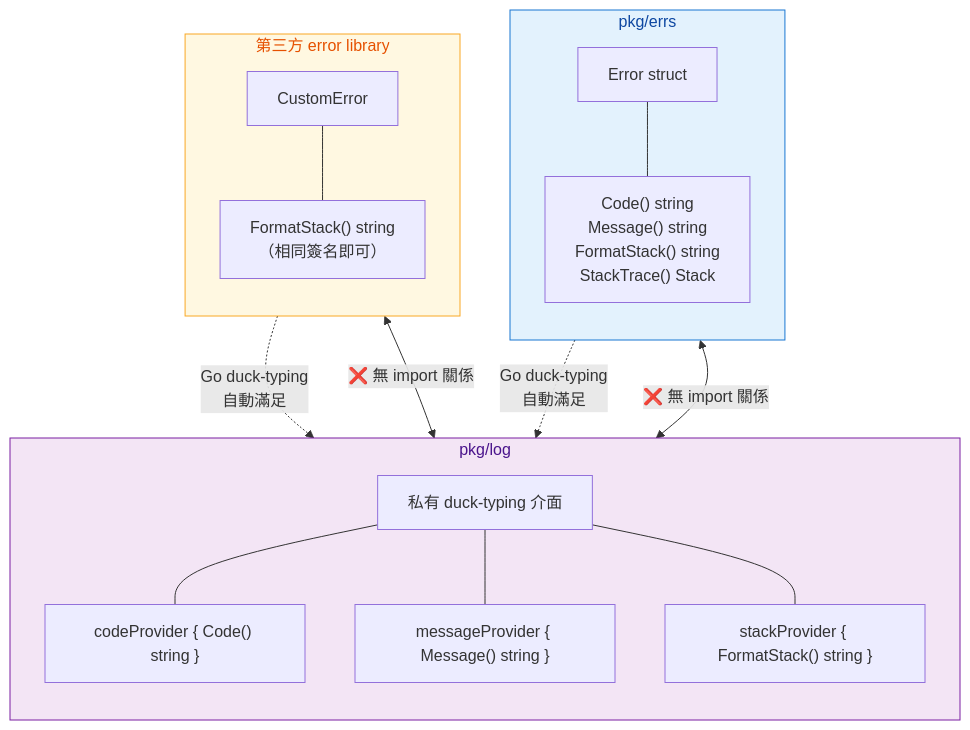
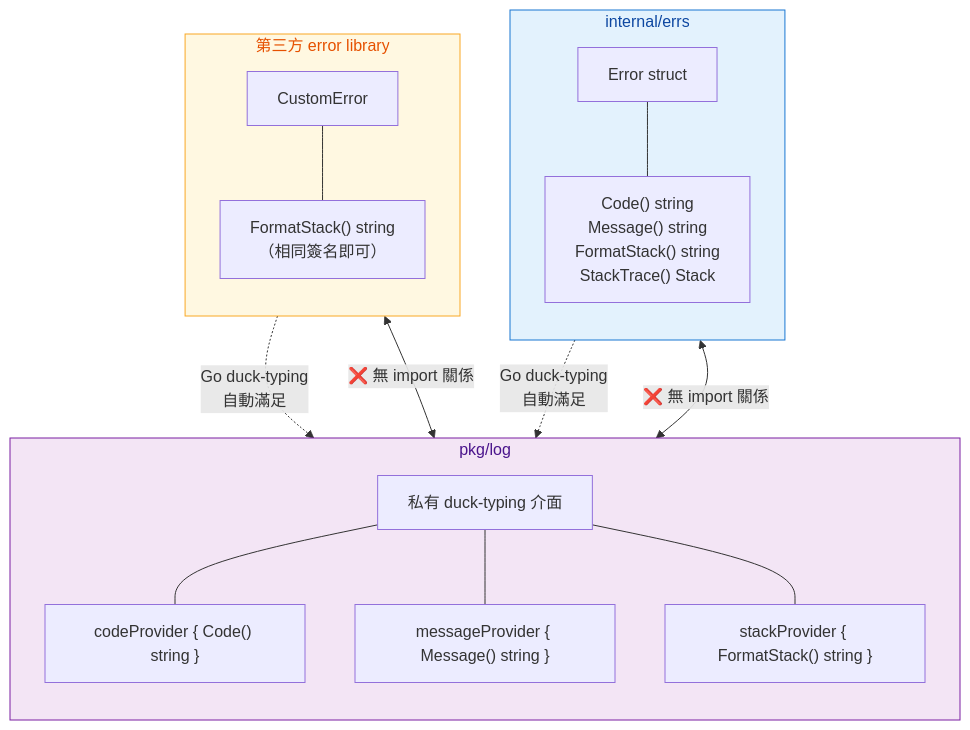
One commit to Aery9527/golang-example changed the eighth of 9 diagrams in docs/errs.md. Above: the diagram before and after it, drawn with Mermaid. The commit also changed other lines of this file and 8 other files, not shown here.

First line of the commit message:
refactor: move pkg/errs to internal/errs

````diff
--- a/docs/errs.md
+++ b/docs/errs.md
@@ -278,37 +278,37 @@
 ```mermaid
 flowchart TD
-    subgraph errs_pkg["pkg/errs"]
+    subgraph errs_pkg["internal/errs"]
         direction TB
         ErrType["Error struct"]
         Methods["Code() string\nMessage() string\nFormatStack() string\nStackTrace() Stack"]
         ErrType --- Methods
     end
 
     subgraph log_pkg["pkg/log"]
         direction TB
         DuckInterfaces["私有 duck-typing 介面"]
         CP["codeProvider { Code() string }"]
         MP["messageProvider { Message() string }"]
         SP["stackProvider { FormatStack() string }"]
         DuckInterfaces --- CP
         DuckInterfaces --- MP
         DuckInterfaces --- SP
     end
 
     subgraph third_party["第三方 error library"]
         direction TB
         TPErr["CustomError"]
         TPMethods["FormatStack() string\n（相同簽名即可）"]
         TPErr --- TPMethods
     end
 
     Methods -.->|"Go duck-typing\n自動滿足"| DuckInterfaces
     TPMethods -.->|"Go duck-typing\n自動滿足"| DuckInterfaces
 
     errs_pkg <-->|"❌ 無 import 關係"| log_pkg
     third_party <-->|"❌ 無 import 關係"| log_pkg
 
     style errs_pkg fill:#e3f2fd,stroke:#1976d2,color:#0d47a1
     style log_pkg fill:#f3e5f5,stroke:#7b1fa2,color:#4a148c
     style third_party fill:#fff8e1,stroke:#f9a825,color:#e65100
 ```
````
